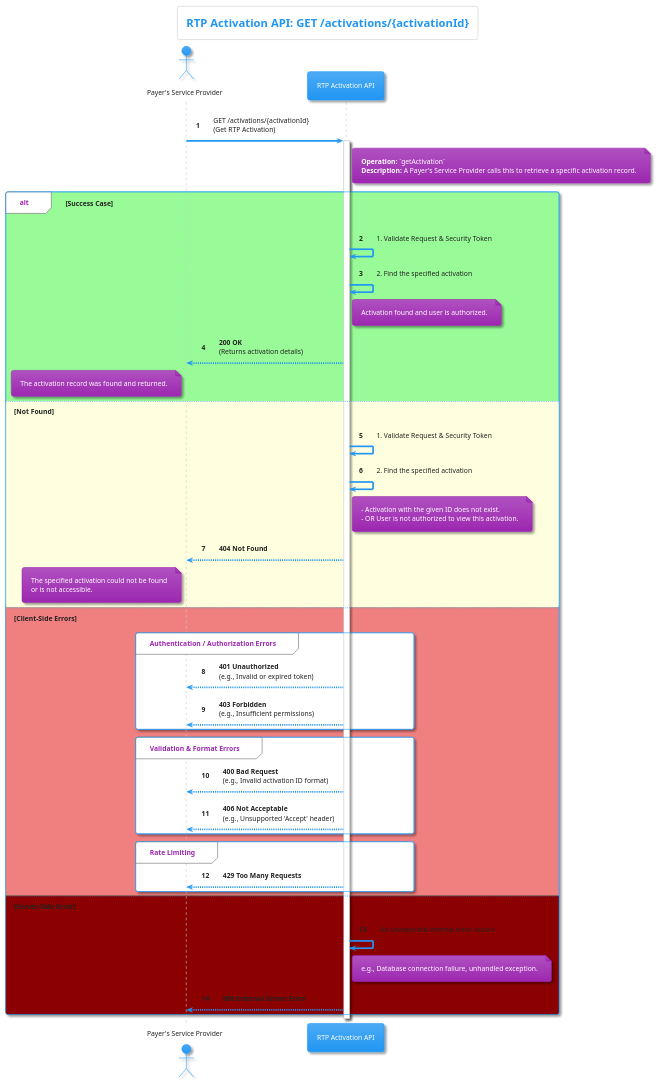
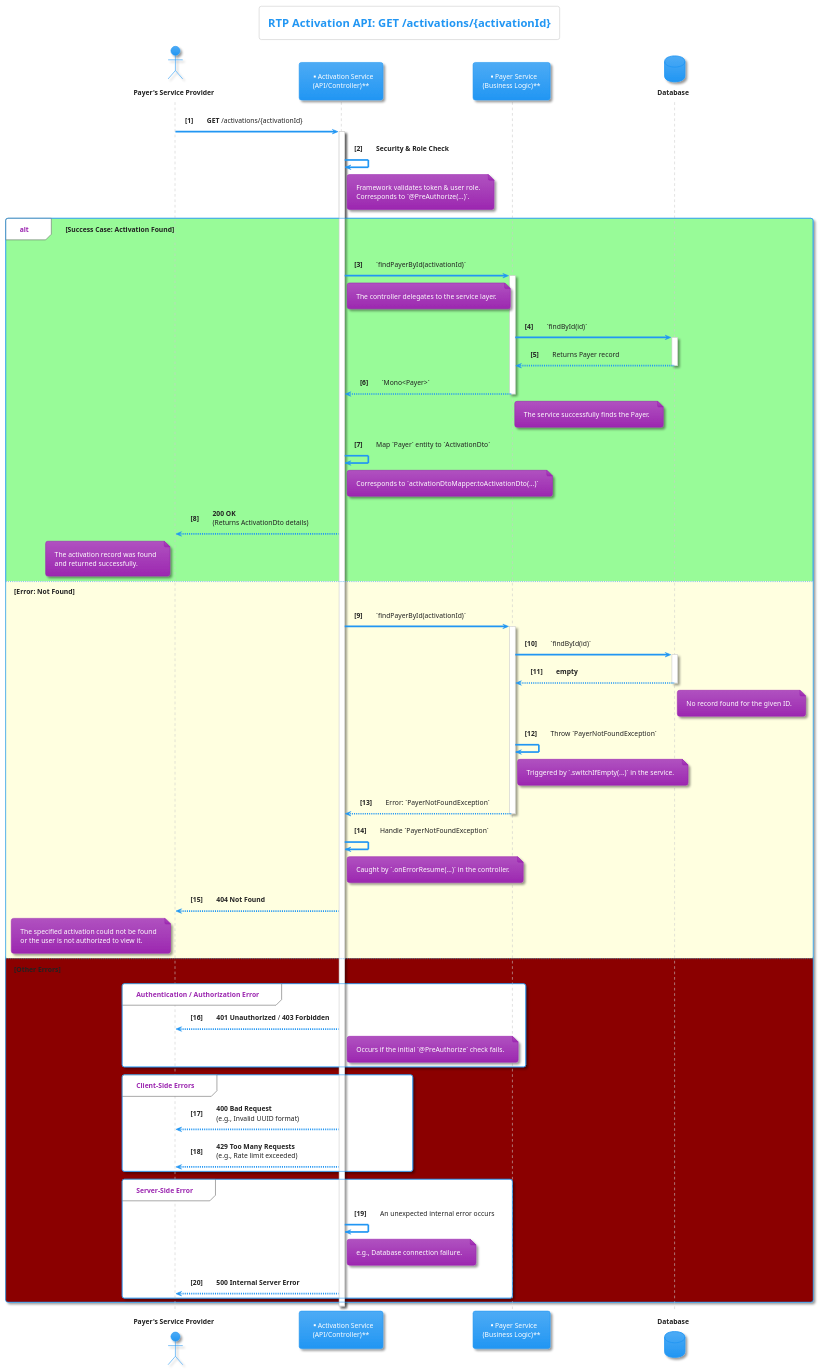
The diagram in diagrams/get-activation-details.puml (pagopa/rtp-docs), drawn with PlantUML before and after one commit. The commit also changed 13 other files, not shown here.

First line of the commit message:
[SRTP-798]: Update plum schemas. (#25)

```diff
--- a/diagrams/get-activation-details.puml
+++ b/diagrams/get-activation-details.puml
@@ -1,75 +1,97 @@
 @startuml
 ' PlantUML Diagram for RTP Get Activation API
-' Title: RTP Get Activation Sequence Diagram
-' Version: 1.0.0
-' Description: This diagram shows the process for a Payer's Service Provider
-'              to retrieve an RTP activation record.
+' Title: Unified RTP Get Activation Sequence Diagram
+' Version: 2.0.0
+' Description: This diagram shows the detailed process for retrieving an RTP activation,
+'              mixing the API specification with the actual Java service and controller logic.
 
 !theme materia
 
 title RTP Activation API: GET /activations/{activationId}
 
-actor "Payer's Service Provider" as PSP
-participant "RTP Activation API" as API
+actor "**Payer's Service Provider**" as PSP
+participant "**Activation Service\n(API/Controller)**" as AS
+participant "**Payer Service\n(Business Logic)**" as PS
+database "**Database**" as DB
 
-autonumber
+autonumber "<b>[0]"
 
-PSP -> API: GET /activations/{activationId}\n(Get RTP Activation)
-activate API
+PSP -> AS: **GET** /activations/{activationId}
+activate AS
 
-note right of API
-  **Operation:** `getActivation`
-  **Description:** A Payer's Service Provider calls this to retrieve a specific activation record.
-end note
+AS -> AS: **Security & Role Check**
+note right of AS: Framework validates token & user role.\nCorresponds to `@PreAuthorize(...)`.
 
-alt #palegreen Success Case
+alt #palegreen **Success Case: Activation Found**
 
-    API -> API: 1. Validate Request & Security Token
-    API -> API: 2. Find the specified activation
-    note right of API: Activation found and user is authorized.
-    API --> PSP: **200 OK**\n(Returns activation details)
+    AS -> PS: `findPayerById(activationId)`
+    activate PS
+    note right of AS: The controller delegates to the service layer.
+
+    PS -> DB: `findById(id)`
+    activate DB
+    DB --> PS: Returns Payer record
+    deactivate DB
+
+    PS --> AS: `Mono<Payer>`
+    deactivate PS
+    note right of PS: The service successfully finds the Payer.
+
+    AS -> AS: Map `Payer` entity to `ActivationDto`
+    note right of AS: Corresponds to `activationDtoMapper.toActivationDto(...)`
+
+    AS --> PSP: **200 OK**\n(Returns ActivationDto details)
     note left of PSP
-        The activation record was found and returned.
+        The activation record was found
+        and returned successfully.
     end note
 
-else #lightyellow Not Found
+else #lightyellow **Error: Not Found**
 
-    API -> API: 1. Validate Request & Security Token
-    API -> API: 2. Find the specified activation
-    note right of API
-        - Activation with the given ID does not exist.
-        - OR User is not authorized to view this activation.
-    end note
-    API --> PSP: **404 Not Found**
+    AS -> PS: `findPayerById(activationId)`
+    activate PS
+
+    PS -> DB: `findById(id)`
+    activate DB
+    DB --> PS: **empty**
+    deactivate DB
+    note right of DB: No record found for the given ID.
+
+    PS -> PS: Throw `PayerNotFoundException`
+    note right of PS: Triggered by `.switchIfEmpty(...)` in the service.
+
+    PS --> AS: Error: `PayerNotFoundException`
+    deactivate PS
+
+    AS -> AS: Handle `PayerNotFoundException`
+    note right of AS: Caught by `.onErrorResume(...)` in the controller.
+
+    AS --> PSP: **404 Not Found**
     note left of PSP
         The specified activation could not be found
-        or is not accessible.
+        or the user is not authorized to view it.
     end note
 
-else #lightcoral Client-Side Errors
+else #darkred **Other Errors**
 
-    group Authentication / Authorization Errors
-        API --> PSP: **401 Unauthorized**\n(e.g., Invalid or expired token)
-        API --> PSP: **403 Forbidden**\n(e.g., Insufficient permissions)
+    group Authentication / Authorization Error
+        AS --> PSP: **401 Unauthorized** / **403 Forbidden**
+        note right of AS: Occurs if the initial `@PreAuthorize` check fails.
     end group
 
-    group Validation & Format Errors
-        API --> PSP: **400 Bad Request**\n(e.g., Invalid activation ID format)
-        API --> PSP: **406 Not Acceptable**\n(e.g., Unsupported 'Accept' header)
+    group Client-Side Errors
+        AS --> PSP: **400 Bad Request**\n(e.g., Invalid UUID format)
+        AS --> PSP: **429 Too Many Requests**\n(e.g., Rate limit exceeded)
     end group
 
-    group Rate Limiting
-        API --> PSP: **429 Too Many Requests**
+    group Server-Side Error
+        AS -> AS: An unexpected internal error occurs
+        note right of AS: e.g., Database connection failure.
+        AS --> PSP: **500 Internal Server Error**
     end group
-
-else #darkred Server-Side Error
-
-    API -> API: An unexpected internal error occurs
-    note right of API: e.g., Database connection failure, unhandled exception.
-    API --> PSP: **500 Internal Server Error**
 
 end
 
-deactivate API
+deactivate AS
 
 @enduml
```
